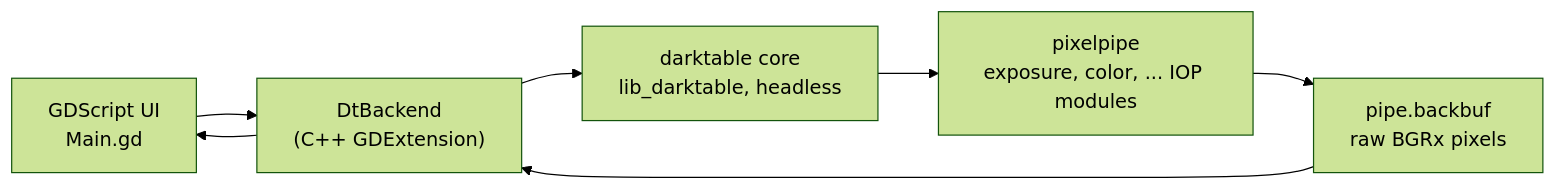
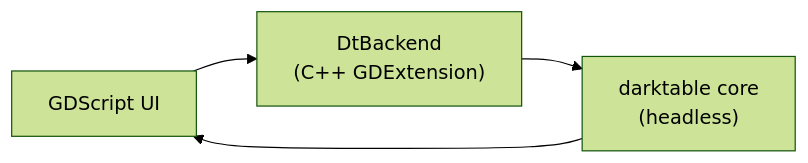
Before and after one commit to addy999/luxe: the diagram in README.md, drawn with Mermaid (forest theme). The commit also changed other lines of this file, not shown here.

````diff
--- a/README.md
+++ b/README.md
@@ -189,9 +138,6 @@
 ```mermaid
 flowchart LR
-    UI["GDScript UI<br/>Main.gd"] --> BE["DtBackend<br/>(C++ GDExtension)"]
-    BE --> DT["darktable core<br/>lib_darktable, headless"]
-    DT --> PIPE["pixelpipe<br/>exposure, color, ... IOP modules"]
-    PIPE --> BUF["pipe.backbuf<br/>raw BGRx pixels"]
-    BUF --> BE
-    BE --> UI
+    UI["GDScript UI"] --> BE["DtBackend<br/>(C++ GDExtension)"]
+    BE --> DT["darktable core<br/>(headless)"]
+    DT --> UI
 ```
````
